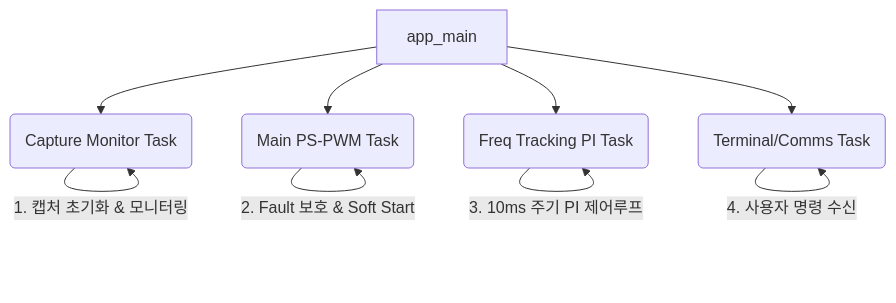
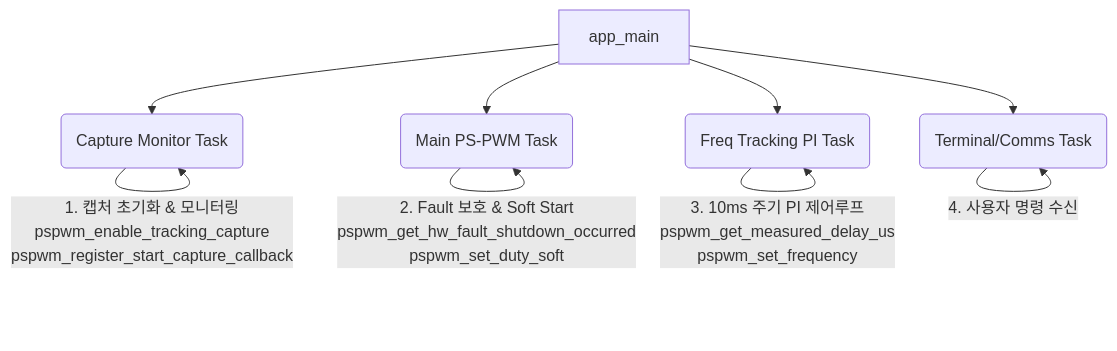
Before and after one commit to ykkim-temaat/esp32_ps_pwm: the diagram in examples/zvs_resonant_tracking/README.md, drawn with Mermaid. The commit also changed other lines of this file, not shown here.

Commit message:
docs: Enhance capture API descriptions and update task architecture diagram

````diff
--- a/examples/zvs_resonant_tracking/README.md
+++ b/examples/zvs_resonant_tracking/README.md
@@ -126,12 +129,12 @@
 ```mermaid
 graph TD
     A[app_main] --> B(Capture Monitor Task)
     A --> C(Main PS-PWM Task)
     A --> D(Freq Tracking PI Task)
     A --> E(Terminal/Comms Task)
 
-    B --> |1. 캡처 초기화 & 모니터링| B
-    C --> |2. Fault 보호 & Soft Start| C
-    D --> |3. 10ms 주기 PI 제어루프| D
+    B --> |1. 캡처 초기화 & 모니터링<br>pspwm_enable_tracking_capture<br>pspwm_register_start_capture_callback| B
+    C --> |2. Fault 보호 & Soft Start<br>pspwm_get_hw_fault_shutdown_occurred<br>pspwm_set_duty_soft| C
+    D --> |3. 10ms 주기 PI 제어루프<br>pspwm_get_measured_delay_us<br>pspwm_set_frequency| D
     E --> |4. 사용자 명령 수신| E
 ```
````
